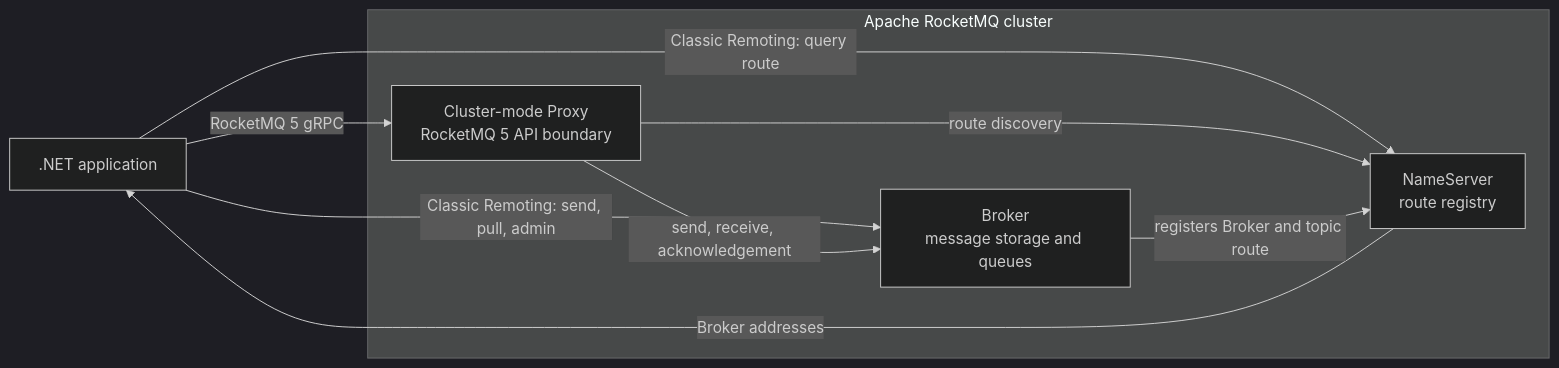
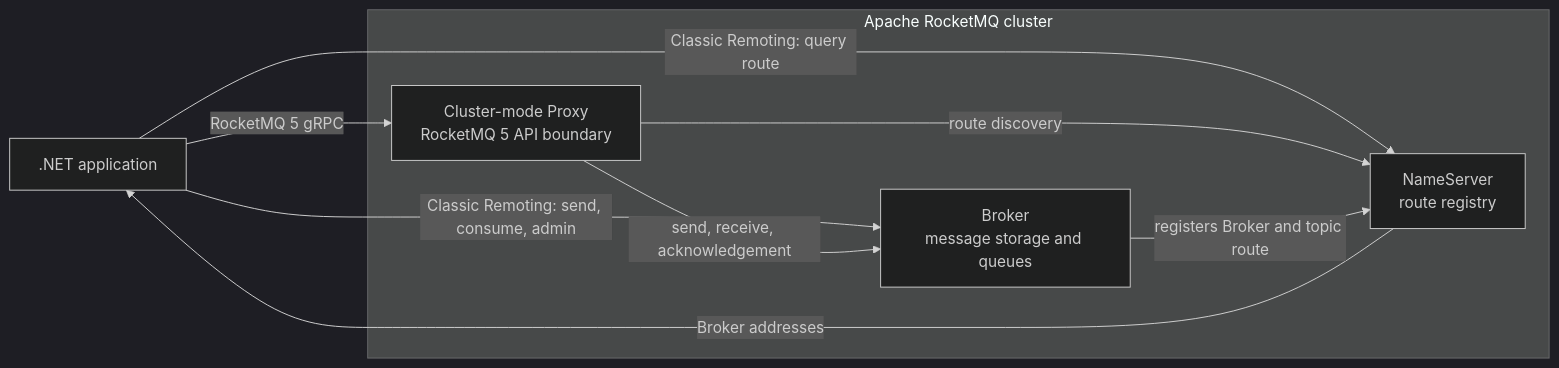
One commit to eventhorizon-cli/EventHorizon.RocketMQ changed the first of 6 diagrams in docs/en-US/architecture/rocketmq-architecture.md. Above: the diagram before and after it, drawn with Mermaid (dark theme). The commit also changed other lines of this file and 235 other files, not shown here.

````diff
--- a/docs/en-US/architecture/rocketmq-architecture.md
+++ b/docs/en-US/architecture/rocketmq-architecture.md
@@ -27,19 +27,19 @@
 ```mermaid
 flowchart LR
     App[.NET application]
 
     subgraph Cluster[Apache RocketMQ cluster]
         NameServer[NameServer<br/>route registry]
         Broker[Broker<br/>message storage and queues]
         Proxy[Cluster-mode Proxy<br/>RocketMQ 5 API boundary]
     end
 
     App -->|Classic Remoting: query route| NameServer
     NameServer -->|Broker addresses| App
-    App -->|Classic Remoting: send, pull, admin| Broker
+    App -->|Classic Remoting: send, consume, admin| Broker
 
     App -->|RocketMQ 5 gRPC| Proxy
     Proxy -->|route discovery| NameServer
     Proxy -->|send, receive, acknowledgement| Broker
     Broker -->|registers Broker and topic route| NameServer
 ```
````
